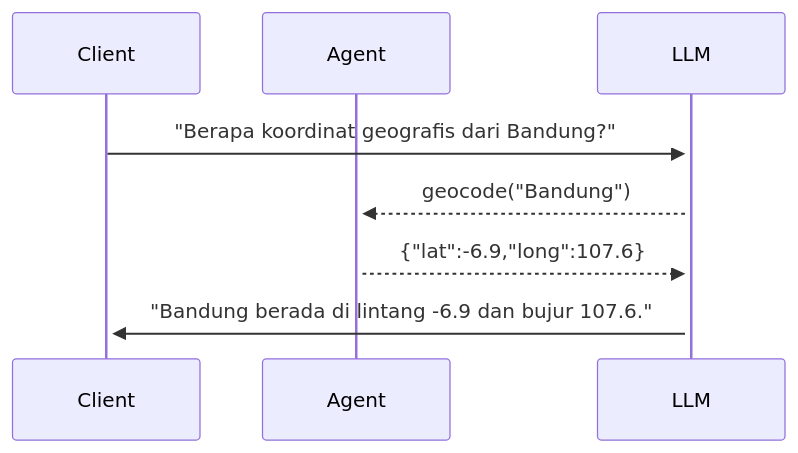
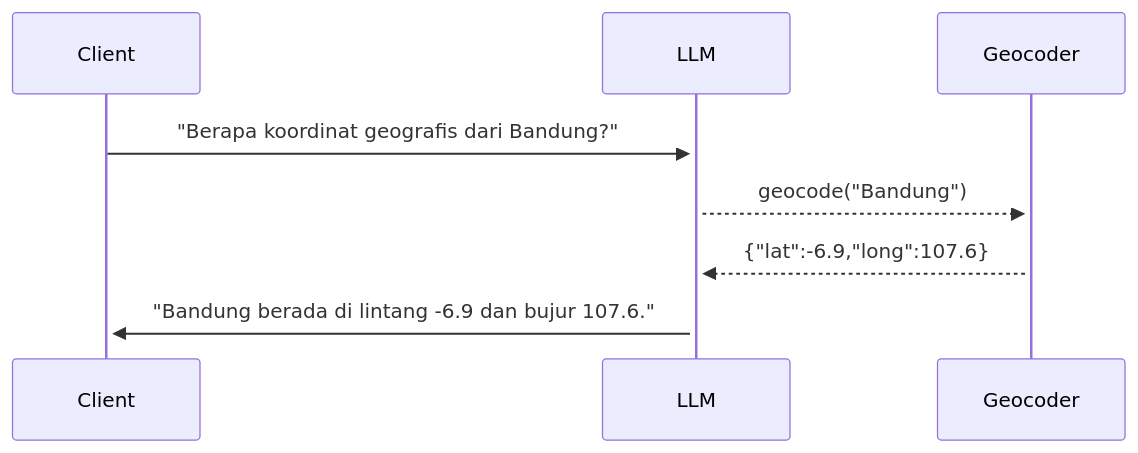
The first of 2 diagrams in README.md (hijra-engineering/ngoprek-llm), drawn with Mermaid before and after one commit. The commit also changed other lines of this file, not shown here.

Commit message:
tweak sequence diagrams

````diff
--- a/README.md
+++ b/README.md
@@ -29,10 +29,10 @@
 ```mermaid
 sequenceDiagram
   participant Client
-  participant Agent
   participant LLM
+  participant Geocoder
   Client->>+LLM: "Berapa koordinat geografis dari Bandung?"
-  LLM-->>+Agent: geocode("Bandung")
-  Agent-->>+LLM: {"lat":-6.9,"long":107.6}
+  LLM-->>+Geocoder: geocode("Bandung")
+  Geocoder-->>+LLM: {"lat":-6.9,"long":107.6}
   LLM->>+Client: "Bandung berada di lintang -6.9 dan bujur 107.6."
 ```
````
